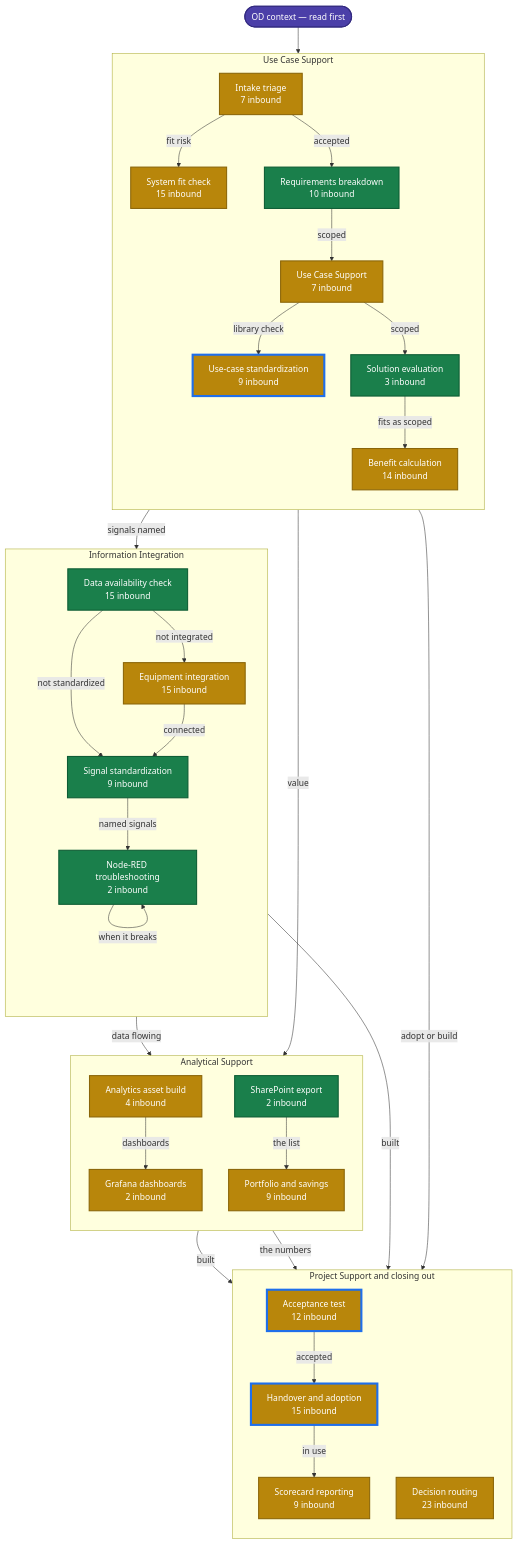
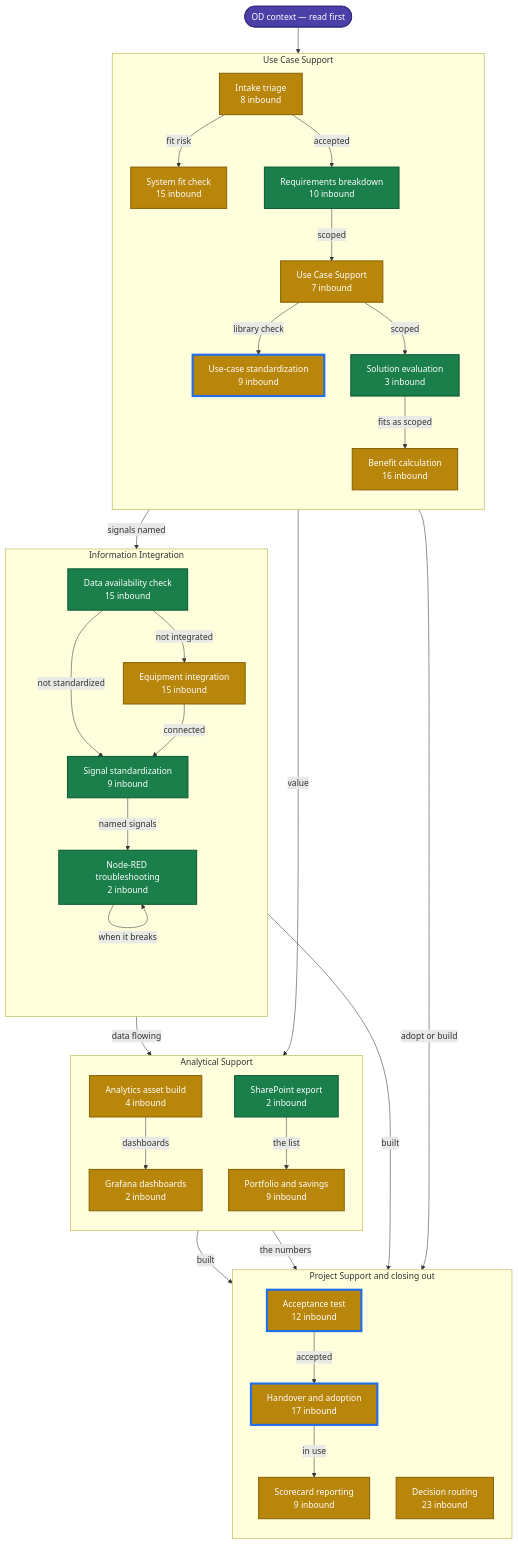
Before and after one commit to ops-digit-io/operations-digitalization-skill-registry: the diagram in docs/skill-state-map.md, drawn with Mermaid. The commit also changed other lines of this file and 34 other files, not shown here.

````diff
--- a/docs/skill-state-map.md
+++ b/docs/skill-state-map.md
@@ -20,69 +20,69 @@
 ```mermaid
 flowchart TD
     ctx(["OD context — read first"])
     subgraph UC["Use Case Support"]
     direction TB
-        od_use_case_intake_triage["Intake triage<br/>7 inbound"]
+        od_use_case_intake_triage["Intake triage<br/>8 inbound"]
         od_system_fit_check["System fit check<br/>15 inbound"]
         od_requirements_breakdown["Requirements breakdown<br/>10 inbound"]
         od_use_case_definition["Use Case Support<br/>7 inbound"]
         od_use_case_solution_evaluation["Solution evaluation<br/>3 inbound"]
         od_use_case_standardization["Use-case standardization<br/>9 inbound"]
-        od_benefit_calculation["Benefit calculation<br/>14 inbound"]
+        od_benefit_calculation["Benefit calculation<br/>16 inbound"]
     end
     subgraph II["Information Integration"]
     direction TB
         od_data_availability_check["Data availability check<br/>15 inbound"]
         od_equipment_integration["Equipment integration<br/>15 inbound"]
         od_signal_standardization["Signal standardization<br/>9 inbound"]
         od_node_red_flow_builder["Node-RED troubleshooting<br/>2 inbound"]
         od_node_red_flow_builder["Node-RED troubleshooting<br/>2 inbound"]
     end
     subgraph AS["Analytical Support"]
     direction TB
         od_analytics_asset_build["Analytics asset build<br/>4 inbound"]
         build_grafana_ops_dashboard["Grafana dashboards<br/>2 inbound"]
         od_portfolio_and_savings_analysis["Portfolio and savings<br/>9 inbound"]
         od_sharepoint_list_export["SharePoint export<br/>2 inbound"]
     end
     subgraph PS["Project Support and closing out"]
     direction TB
         od_acceptance_test["Acceptance test<br/>12 inbound"]
-        od_handover_and_adoption["Handover and adoption<br/>15 inbound"]
+        od_handover_and_adoption["Handover and adoption<br/>17 inbound"]
         od_scorecard_reporting["Scorecard reporting<br/>9 inbound"]
         od_decision_routing["Decision routing<br/>23 inbound"]
     end
     od_use_case_intake_triage -->|fit risk| od_system_fit_check
     od_use_case_intake_triage -->|accepted| od_requirements_breakdown
     od_requirements_breakdown -->|scoped| od_use_case_definition
     od_requirements_breakdown -->|signals named| od_data_availability_check
     od_use_case_definition -->|library check| od_use_case_standardization
     od_use_case_definition -->|scoped| od_use_case_solution_evaluation
     od_use_case_solution_evaluation -->|fits as scoped| od_benefit_calculation
     od_data_availability_check -->|not integrated| od_equipment_integration
     od_data_availability_check -->|not standardized| od_signal_standardization
     od_equipment_integration -->|connected| od_signal_standardization
     od_signal_standardization -->|named signals| od_node_red_flow_builder
     od_node_red_flow_builder -->|when it breaks| od_node_red_flow_builder
     od_node_red_flow_builder -->|data flowing| od_analytics_asset_build
     od_analytics_asset_build -->|dashboards| build_grafana_ops_dashboard
     od_analytics_asset_build -->|built| od_acceptance_test
     od_node_red_flow_builder -->|built| od_acceptance_test
     od_acceptance_test -->|accepted| od_handover_and_adoption
     od_handover_and_adoption -->|in use| od_scorecard_reporting
     od_benefit_calculation -->|value| od_portfolio_and_savings_analysis
     od_sharepoint_list_export -->|the list| od_portfolio_and_savings_analysis
     od_portfolio_and_savings_analysis -->|the numbers| od_scorecard_reporting
     od_use_case_standardization -->|adopt or build| od_decision_routing
     ctx --> od_use_case_intake_triage
 
     classDef deep fill:#1a7f4b,stroke:#0d5c34,color:#ffffff,stroke-width:2px;
     classDef documented fill:#b8860b,stroke:#8a6508,color:#ffffff,stroke-width:2px;
     classDef stub fill:#e8e8e8,stroke:#9a9a9a,color:#333333,stroke-dasharray:4 3;
     classDef nxt stroke:#1f6feb,stroke-width:4px;
     classDef ctx fill:#4b3fa8,stroke:#332a80,color:#ffffff,stroke-width:2px;
     class od_requirements_breakdown,od_use_case_solution_evaluation,od_data_availability_check,od_sharepoint_list_export,od_signal_standardization,od_node_red_flow_builder deep;
     class od_use_case_intake_triage,od_system_fit_check,od_use_case_definition,od_benefit_calculation,od_use_case_standardization,od_equipment_integration,od_acceptance_test,od_handover_and_adoption,od_analytics_asset_build,od_scorecard_reporting,od_portfolio_and_savings_analysis,od_decision_routing,build_grafana_ops_dashboard documented;
     class od_acceptance_test,od_use_case_standardization,od_handover_and_adoption nxt;
     class ctx ctx;
 ```
````
